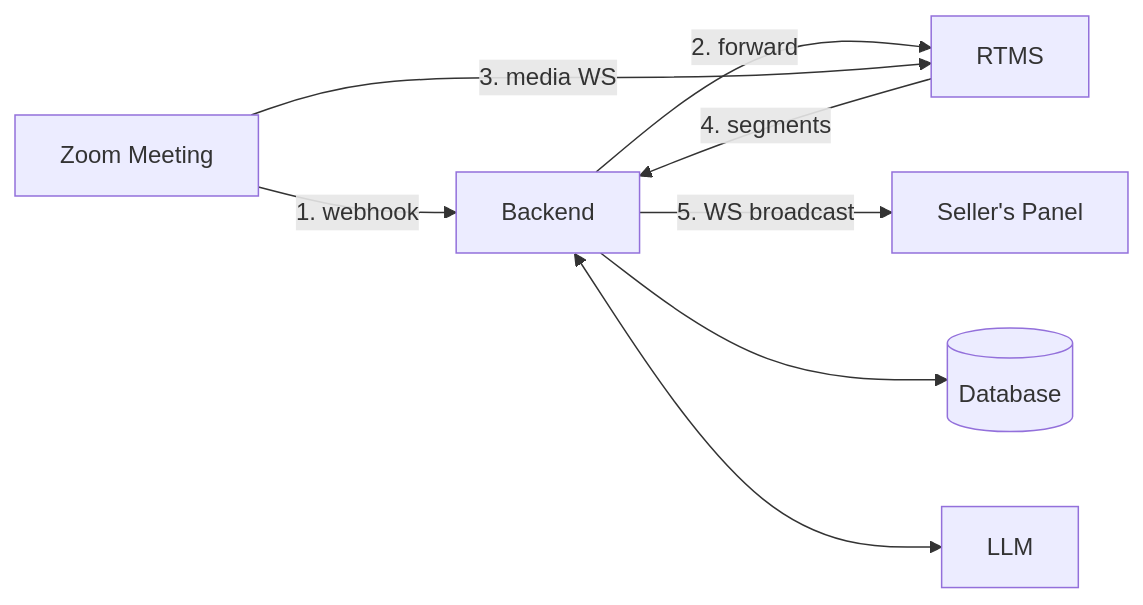
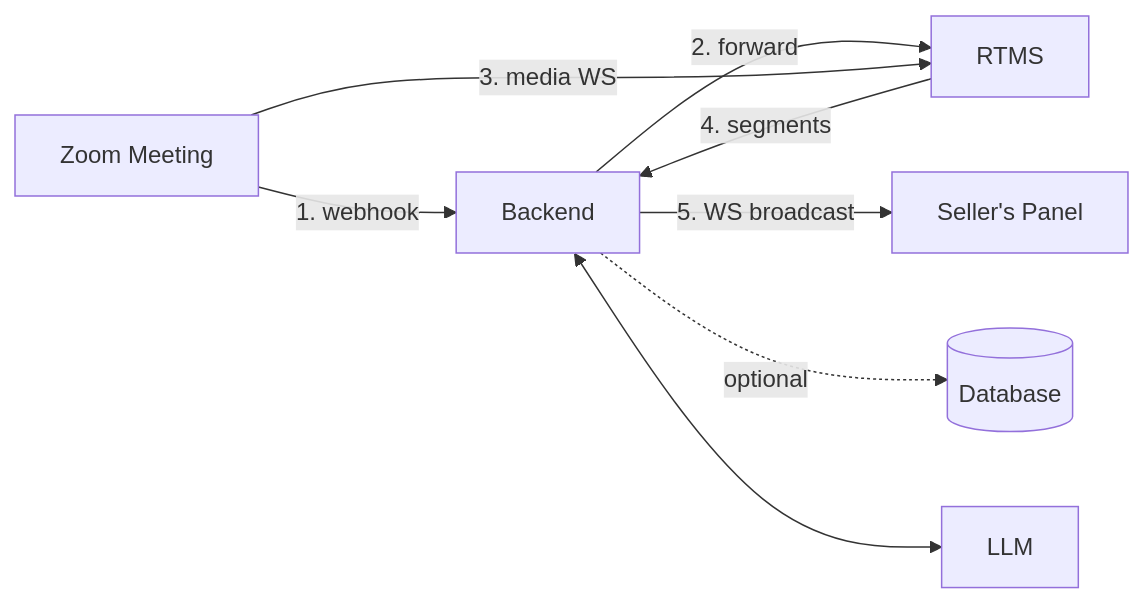
Before and after one commit to zoom/blueprints: the diagram in blueprints/realtime-sales-coach/index.md, drawn with Mermaid. The commit also changed other lines of this file and 1 other file, not shown here.

````diff
--- a/blueprints/realtime-sales-coach/index.md
+++ b/blueprints/realtime-sales-coach/index.md
@@ -74,10 +74,10 @@
 ```mermaid
 graph LR
     Z[Zoom Meeting] -->|1. webhook| B[Backend]
     B -->|2. forward| R[RTMS]
     Z -->|3. media WS| R
     R -->|4. segments| B
     B -->|5. WS broadcast| P[Seller's Panel]
-    B --> D[(Database)]
+    B -.->|optional| D[(Database)]
     B <--> L[LLM]
 ```
````
